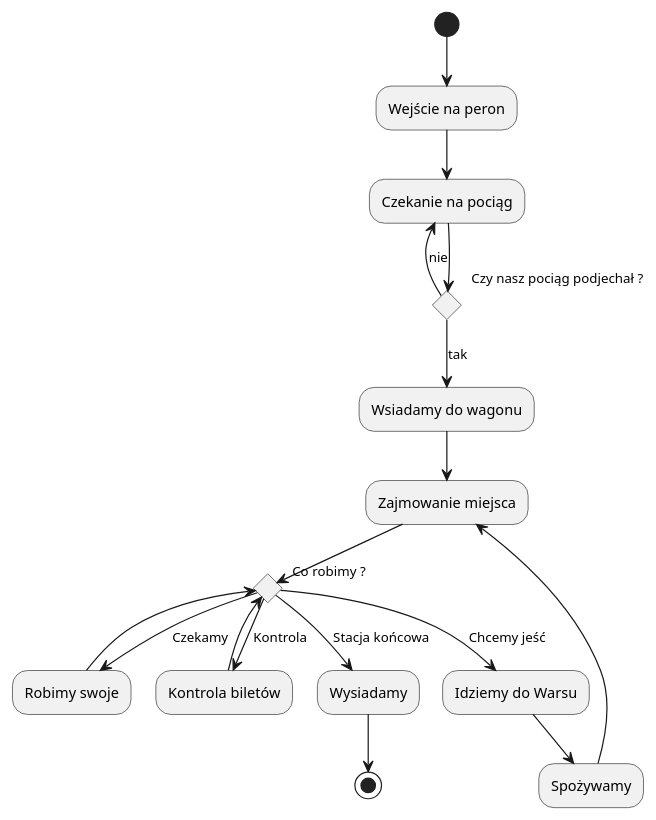
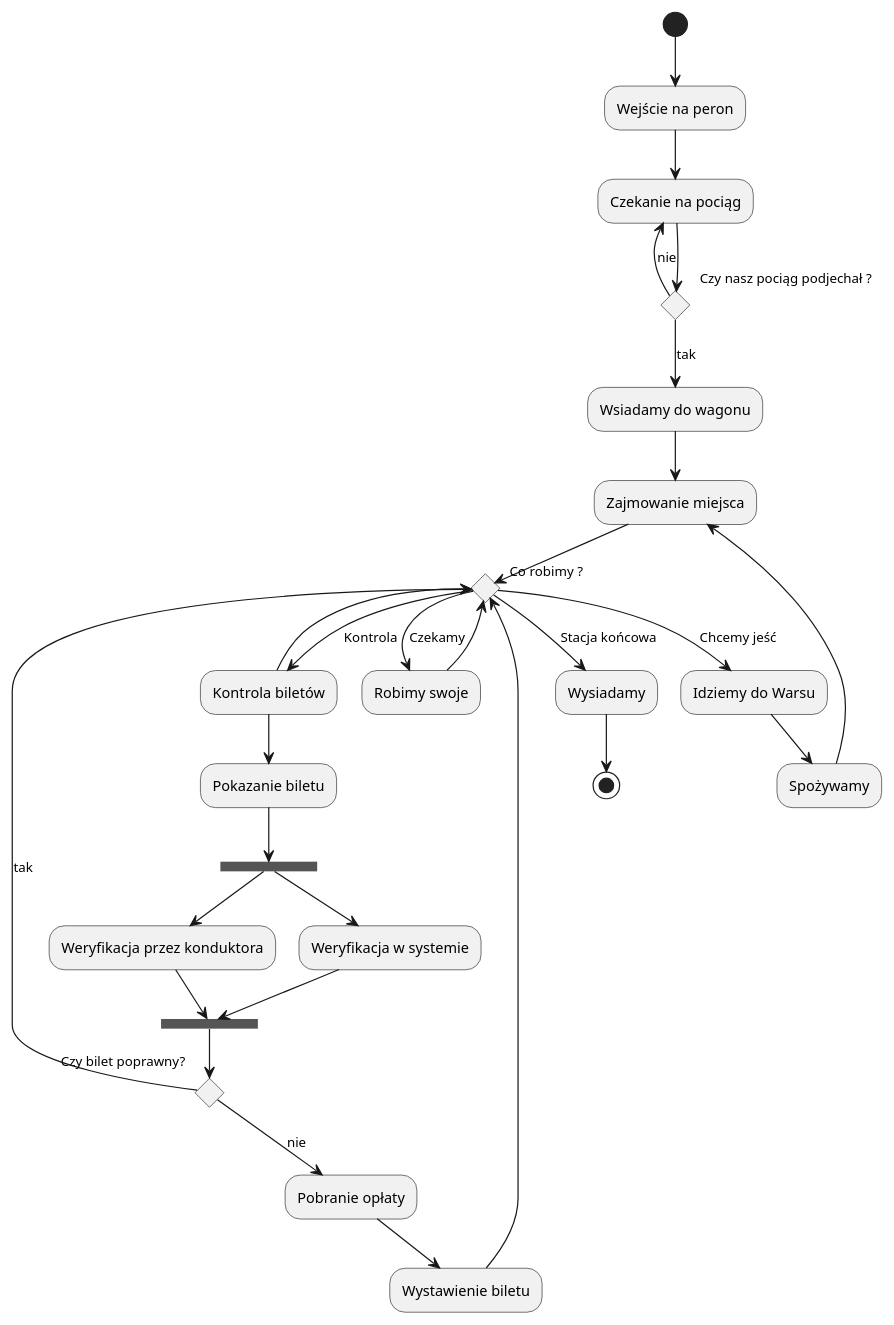
Before and after one commit to kpodlaski/ProjektowanieObiektowe_2024-24: the diagram in dzienne/activity_diagram_pkp.plantuml, drawn with PlantUML.

Commit message:
diagram aktywnoci pkp, v2

```diff
--- a/dzienne/activity_diagram_pkp.plantuml
+++ b/dzienne/activity_diagram_pkp.plantuml
@@ -1,29 +1,42 @@
 @startuml
 
 (*) --> "Wejście na peron"
 --> "Czekanie na pociąg" as Czekanie
 if "Czy nasz pociąg podjechał ?" then 
 --> [tak] "Wsiadamy do wagonu" as Wsiadanie
 else
 -left-> [nie] Czekanie
 endif
 'Można (wpadało by) dodać pasażerów 
 'z niepełnosprawnościami
 Wsiadanie --> "Zajmowanie miejsca" as Siadamy
 if "Co robimy ? " as Warunek then
 --> [Czekamy] "Robimy swoje" as NicSieNiedzieje
 --> Warunek
 else 
---> [Kontrola] "Kontrola biletów"
+--> [Kontrola] "Kontrola biletów" as Kontrola
 ' Dokładniejszy opis kontroli
 --> Warunek
 else 
 --> [Chcemy jeść] "Idziemy do Warsu"  
 --> "Spożywamy"
 --> "Siadamy"
 else 
 --> [Stacja końcowa] "Wysiadamy" 
 -->(*)
 endif
 
+Kontrola --> "Pokazanie biletu"
+--> ===A===
+--> "Weryfikacja przez konduktora"
+--> ===B===
+===A=== --> "Weryfikacja w systemie"
+--> ===B===
+if "Czy bilet poprawny?" then 
+--> [tak] Warunek
+else
+--> [nie] "Pobranie opłaty"
+--> "Wystawienie biletu"
+--> Warunek
+endif
 @enduml
```
